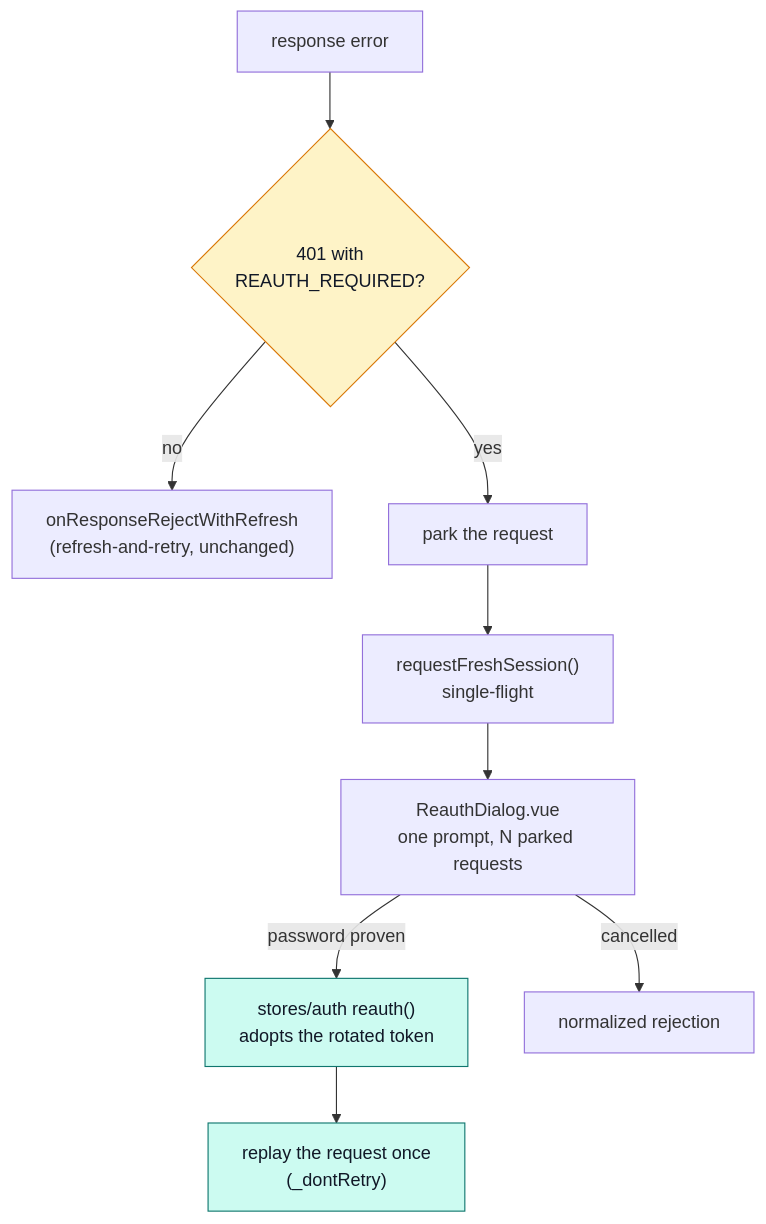
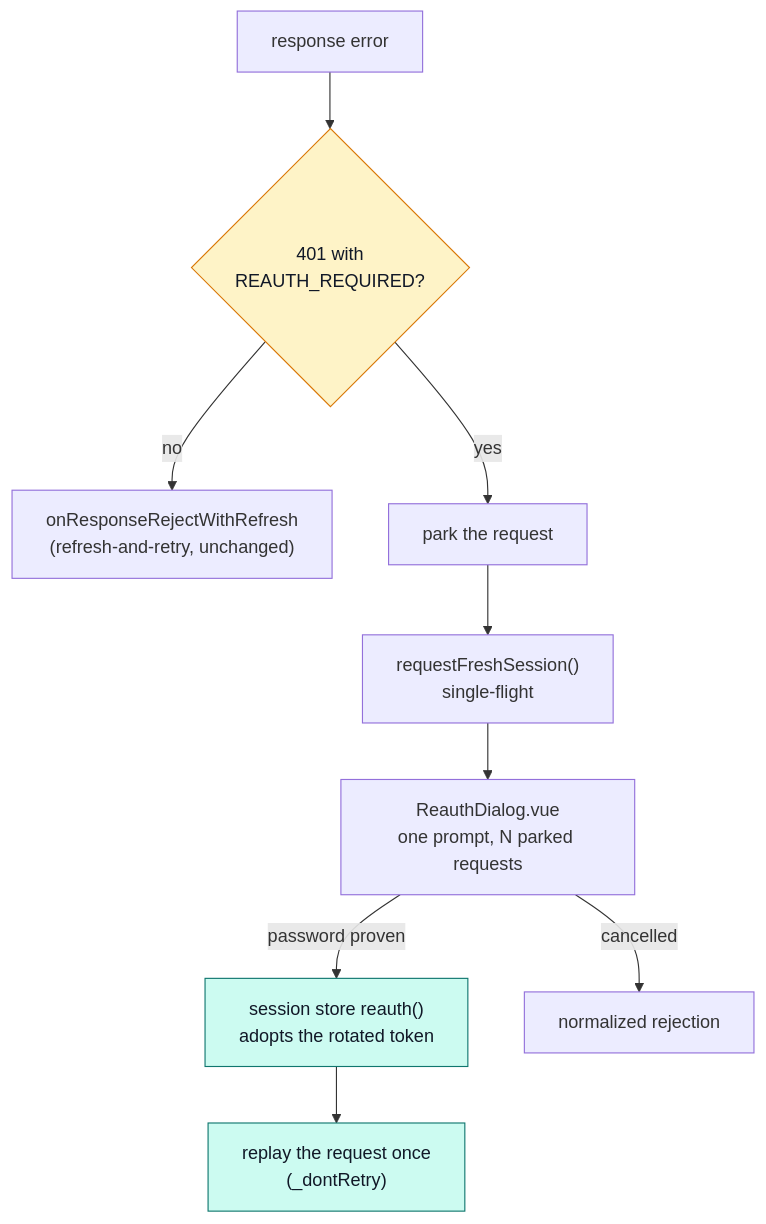
The third of 3 diagrams in docs/modules/account.md (Guebbit/boilerplate-vue-frontend), drawn with Mermaid before and after one commit. The commit also changed other lines of this file and 65 other files, not shown here.

````diff
--- a/docs/modules/account.md
+++ b/docs/modules/account.md
@@ -311,16 +311,16 @@
 ```mermaid
 flowchart TD
     R["response error"] --> S{"401 with<br/>REAUTH_REQUIRED?"}
     S -->|no| REF["onResponseRejectWithRefresh<br/>(refresh-and-retry, unchanged)"]
     S -->|yes| P["park the request"]
     P --> SF["requestFreshSession()<br/>single-flight"]
     SF --> D["ReauthDialog.vue<br/>one prompt, N parked requests"]
-    D -->|password proven| RA["stores/auth reauth()<br/>adopts the rotated token"]
+    D -->|password proven| RA["session store reauth()<br/>adopts the rotated token"]
     RA --> RP["replay the request once<br/>(_dontRetry)"]
     D -->|cancelled| REJ["normalized rejection"]
 
     classDef gate fill:#fef3c7,stroke:#d97706,color:#111827;
     classDef ok fill:#ccfbf1,stroke:#0f766e,color:#111827;
     class S gate;
     class RP,RA ok;
 ```
````
